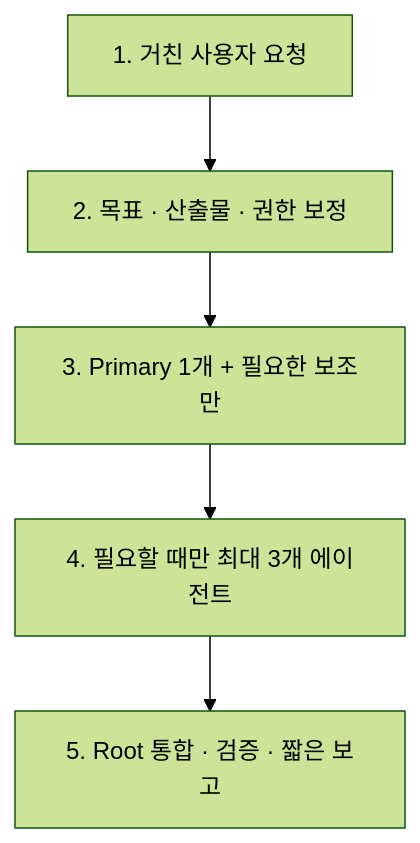
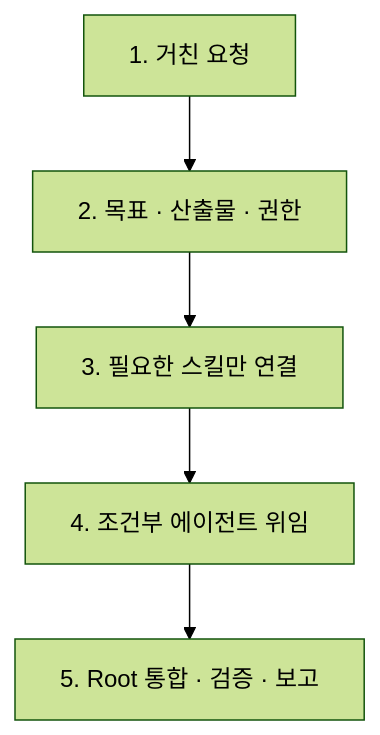
The diagram in README.md (Seung-Won-Yu/codex-agent-kit), drawn with Mermaid (forest theme) before and after one commit.

Commit message:
docs: tighten workflow labels

````diff
--- a/README.md
+++ b/README.md
@@ -79,7 +79,7 @@
 ```mermaid
 flowchart TD
-  A["1. 거친 사용자 요청"] --> B["2. 목표 · 산출물 · 권한 보정"]
-  B --> C["3. Primary 1개 + 필요한 보조만"]
-  C --> D["4. 필요할 때만 최대 3개 에이전트"]
-  D --> E["5. Root 통합 · 검증 · 짧은 보고"]
+  A["1. 거친 요청"] --> B["2. 목표 · 산출물 · 권한"]
+  B --> C["3. 필요한 스킬만 연결"]
+  C --> D["4. 조건부 에이전트 위임"]
+  D --> E["5. Root 통합 · 검증 · 보고"]
 ```
````
